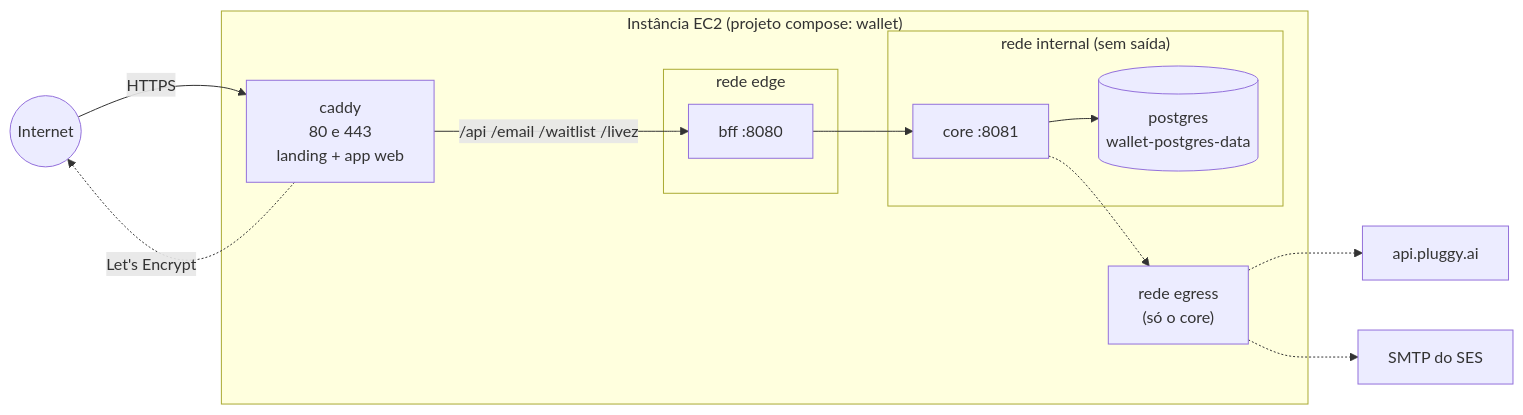
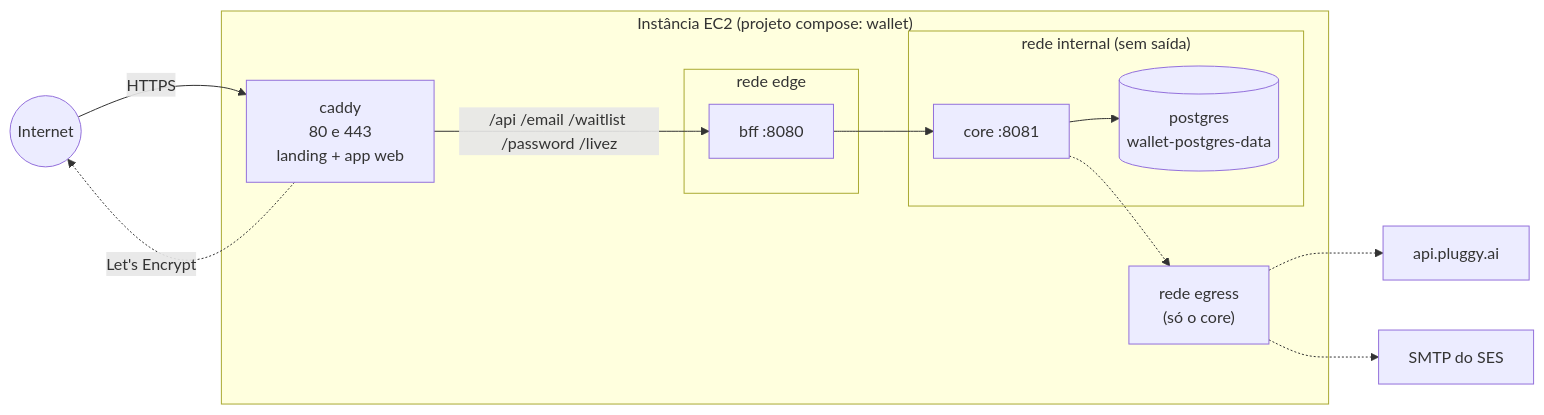
Before and after one commit to rafaeldossanto/Wallet: the diagram in Docs/Arquitetura/Deploy.md, drawn with Mermaid. The commit also changed other lines of this file and 2 other files, not shown here.

Commit message:
fix(deploy): the password reset page reaches the BFF behind Caddy
Found in the code review of PR #5. The reset e-mail links to
https://app.<domain>/password/reset, but the @bff matcher only handed
/api, /email, /waitlist and /livez to the BFF, so /password/* fell into
the Flutter app, which has no such route: the page never opened in
production. In development the BFF is reached on 8080 directly, so no
test saw it.

CaddyRoutesTest reads the Caddyfile and checks that every folder of the
BFF's static pages, the API and the liveness probe are in the matcher,
so the next public page cannot be left out again.

````diff
--- a/Docs/Arquitetura/Deploy.md
+++ b/Docs/Arquitetura/Deploy.md
@@ -15,26 +15,26 @@
 ```mermaid
 flowchart LR
   internet((Internet))
   subgraph host["Instância EC2 (projeto compose: wallet)"]
     caddy["caddy<br/>80 e 443<br/>landing + app web"]
     subgraph edge["rede edge"]
       bff["bff :8080"]
     end
     subgraph internal["rede internal (sem saída)"]
       core["core :8081"]
       pg[("postgres<br/>wallet-postgres-data")]
     end
     egress["rede egress<br/>(só o core)"]
   end
   pluggy["api.pluggy.ai"]
   ses["SMTP do SES"]
 
   internet -->|HTTPS| caddy
-  caddy -->|"/api /email /waitlist /livez"| bff
+  caddy -->|"/api /email /waitlist /password /livez"| bff
   bff --> core
   core --> pg
   core -.-> egress
   egress -.-> pluggy
   egress -.-> ses
   caddy -.->|Let's Encrypt| internet
 ```
````
